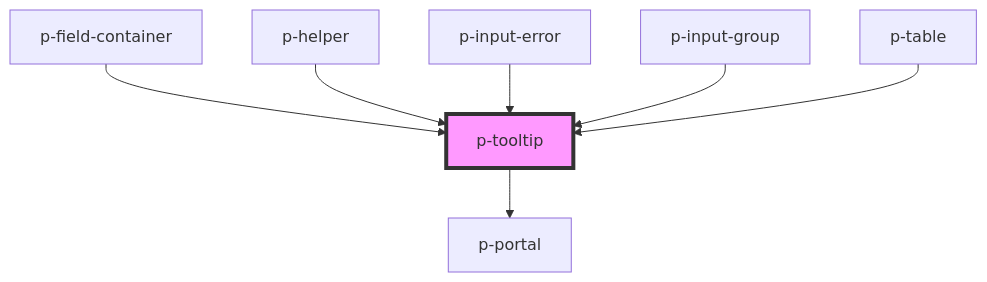
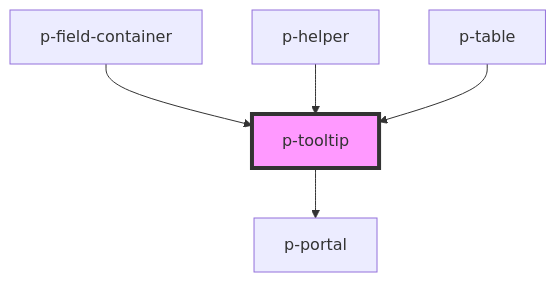
Before and after one commit to Employes/Paperless: the diagram in packages/core/src/components/atoms/tooltip/readme.md, drawn with Mermaid. The commit also changed other lines of this file and 69 other files, not shown here.

````diff
--- a/packages/core/src/components/atoms/tooltip/readme.md
+++ b/packages/core/src/components/atoms/tooltip/readme.md
@@ -45,10 +43,8 @@
 ```mermaid
 graph TD;
   p-tooltip --> p-portal
   p-field-container --> p-tooltip
   p-helper --> p-tooltip
-  p-input-error --> p-tooltip
-  p-input-group --> p-tooltip
   p-table --> p-tooltip
   style p-tooltip fill:#f9f,stroke:#333,stroke-width:4px
 ```
````
